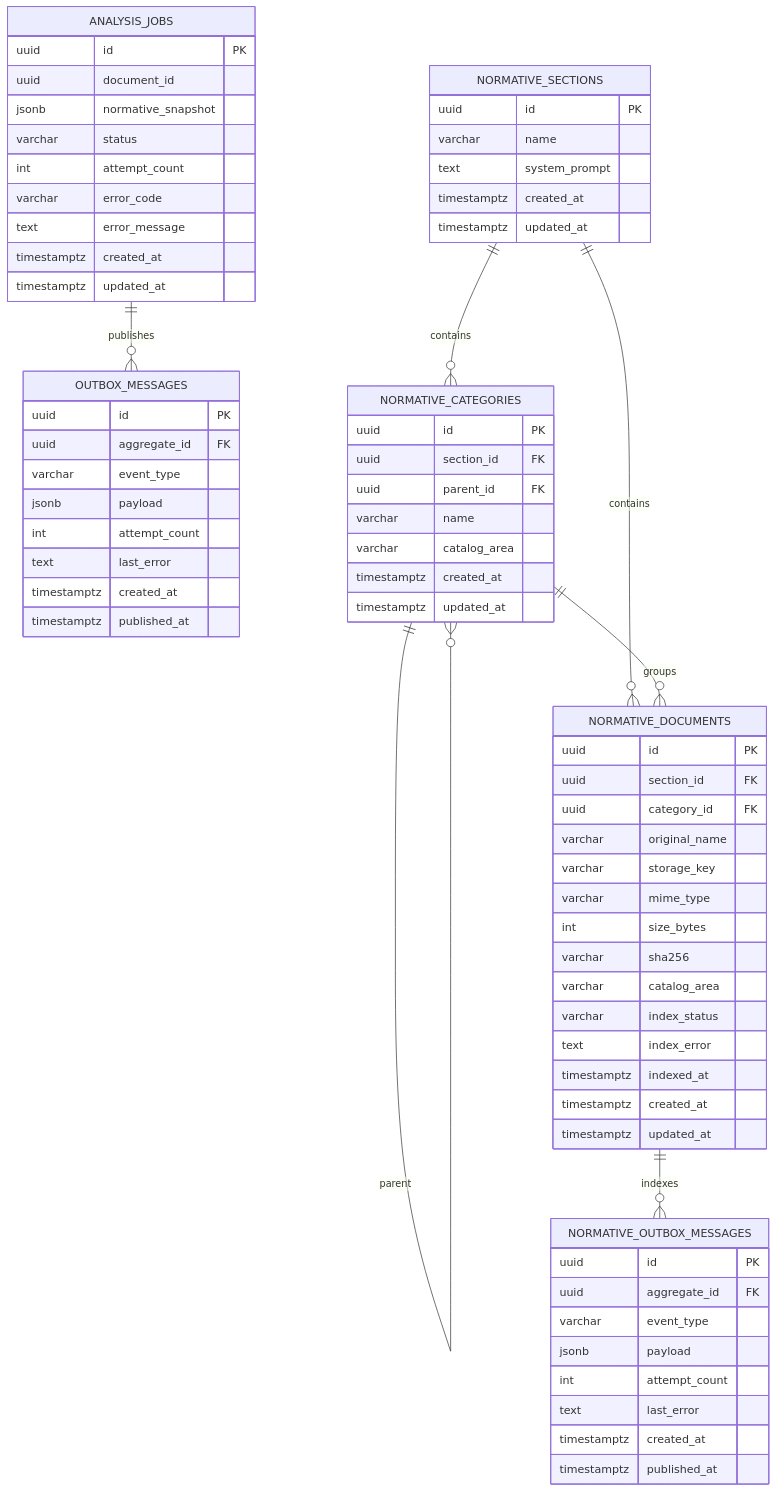
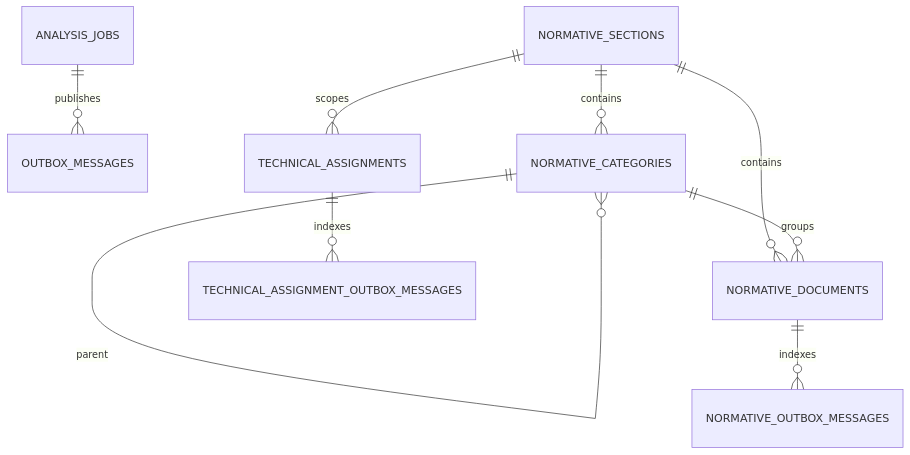
Before and after one commit to Amadu-A/PDRD-validation: the sixth of 10 diagrams in README.md, drawn with Mermaid. The commit also changed other lines of this file and 7 other files, not shown here.

Commit message:
fix: complete technical assignment workflow coverage

````diff
--- a/README.md
+++ b/README.md
@@ -213,79 +318,13 @@
 ```mermaid
 erDiagram
     ANALYSIS_JOBS ||--o{ OUTBOX_MESSAGES : publishes
 
     NORMATIVE_SECTIONS ||--o{ NORMATIVE_CATEGORIES : contains
     NORMATIVE_SECTIONS ||--o{ NORMATIVE_DOCUMENTS : contains
     NORMATIVE_CATEGORIES ||--o{ NORMATIVE_CATEGORIES : parent
     NORMATIVE_CATEGORIES ||--o{ NORMATIVE_DOCUMENTS : groups
     NORMATIVE_DOCUMENTS ||--o{ NORMATIVE_OUTBOX_MESSAGES : indexes
 
-    ANALYSIS_JOBS {
-        uuid id PK
-        uuid document_id
-        jsonb normative_snapshot
-        varchar status
-        int attempt_count
-        varchar error_code
-        text error_message
-        timestamptz created_at
-        timestamptz updated_at
-    }
-
-    OUTBOX_MESSAGES {
-        uuid id PK
-        uuid aggregate_id FK
-        varchar event_type
-        jsonb payload
-        int attempt_count
-        text last_error
-        timestamptz created_at
-        timestamptz published_at
-    }
-
-    NORMATIVE_SECTIONS {
-        uuid id PK
-        varchar name
-        text system_prompt
-        timestamptz created_at
-        timestamptz updated_at
-    }
-
-    NORMATIVE_CATEGORIES {
-        uuid id PK
-        uuid section_id FK
-        uuid parent_id FK
-        varchar name
-        varchar catalog_area
-        timestamptz created_at
-        timestamptz updated_at
-    }
-
-    NORMATIVE_DOCUMENTS {
-        uuid id PK
-        uuid section_id FK
-        uuid category_id FK
-        varchar original_name
-        varchar storage_key
-        varchar mime_type
-        int size_bytes
-        varchar sha256
-        varchar catalog_area
-        varchar index_status
-        text index_error
-        timestamptz indexed_at
-        timestamptz created_at
-        timestamptz updated_at
-    }
-
-    NORMATIVE_OUTBOX_MESSAGES {
-        uuid id PK
-        uuid aggregate_id FK
-        varchar event_type
-        jsonb payload
-        int attempt_count
-        text last_error
-        timestamptz created_at
-        timestamptz published_at
-    }
+    NORMATIVE_SECTIONS ||--o{ TECHNICAL_ASSIGNMENTS : scopes
+    TECHNICAL_ASSIGNMENTS ||--o{ TECHNICAL_ASSIGNMENT_OUTBOX_MESSAGES : indexes
 ```
````
